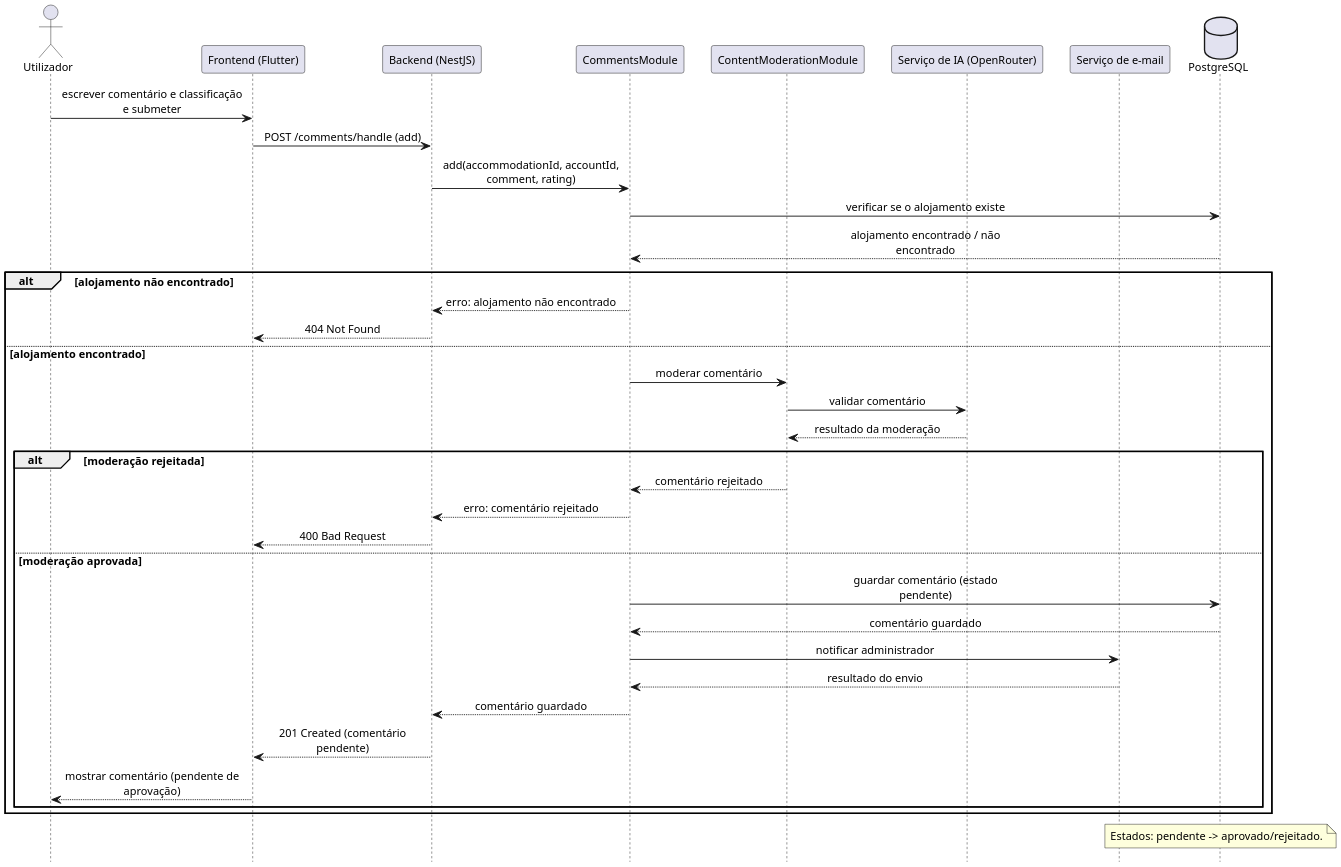
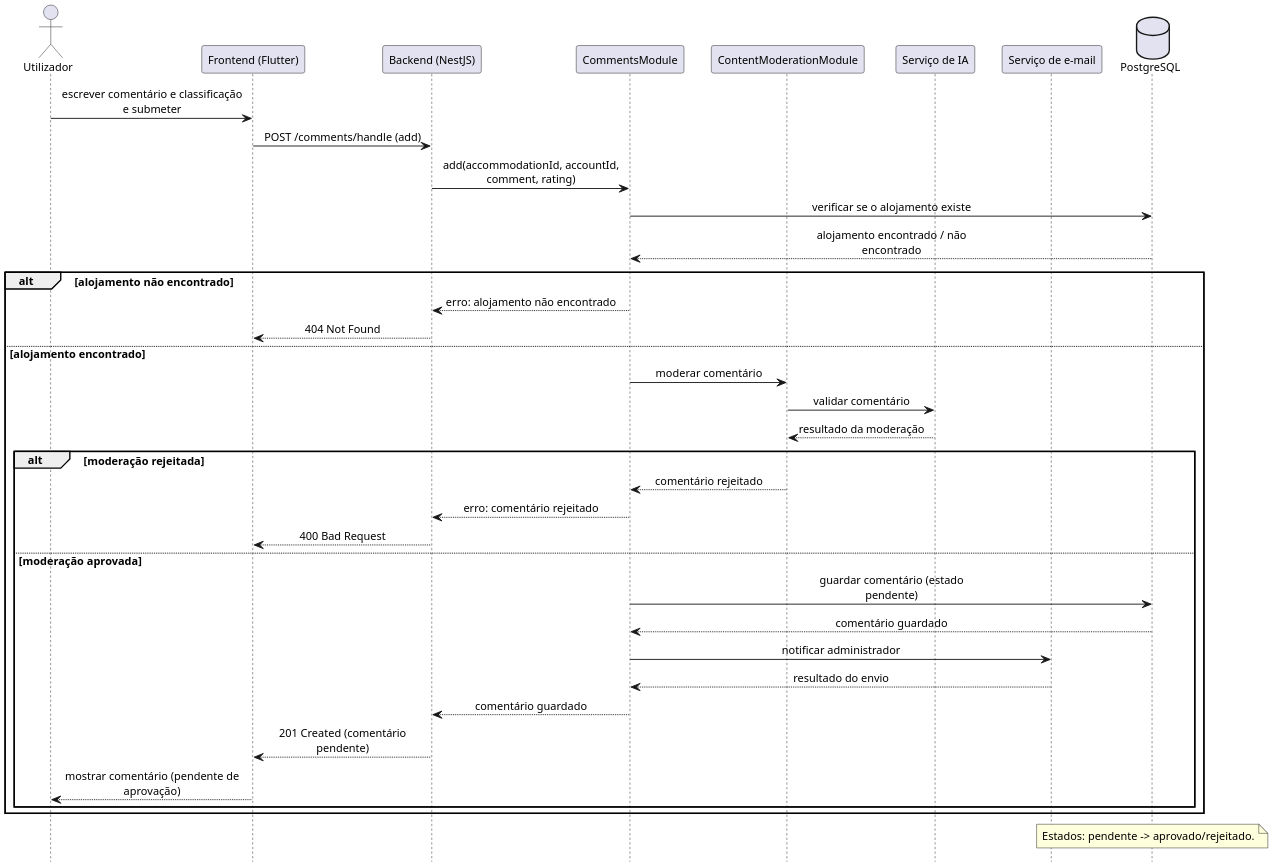
The diagram in docs/diagrams/sequence-add-comment.puml (alegna83/cookbook-be), drawn with PlantUML before and after one commit. The commit also changed 7 other files, not shown here.

Commit message:
correcoes de diagramas

```diff
--- a/docs/diagrams/sequence-add-comment.puml
+++ b/docs/diagrams/sequence-add-comment.puml
@@ -1,56 +1,56 @@
 @startuml
 hide footbox
 skinparam defaultFontName Arial
 skinparam defaultFontSize 12
 skinparam dpi 190
 skinparam maxMessageSize 200
 skinparam sequence {
   ParticipantPadding 10
   BoxPadding 8
   MessageAlign center
   ArrowThickness 1
 }
 
 actor Utilizador
 participant "Frontend (Flutter)" as FE
 participant "Backend (NestJS)" as BE
 participant "CommentsModule" as CommentsModule
 participant "ContentModerationModule" as ModerationModule
-participant "Serviço de IA (OpenRouter)" as AI
+participant "Serviço de IA" as AI
 participant "Serviço de e-mail" as Email
 database "PostgreSQL" as DB
 
 Utilizador -> FE : escrever comentário e classificação e submeter
   FE -> BE : POST /comments/handle (add)
   BE -> CommentsModule : add(accommodationId, accountId, comment, rating)
 
 CommentsModule -> DB : verificar se o alojamento existe
 DB --> CommentsModule : alojamento encontrado / não encontrado
 alt alojamento não encontrado
   CommentsModule --> BE : erro: alojamento não encontrado
   BE --> FE : 404 Not Found
 else alojamento encontrado
   CommentsModule -> ModerationModule : moderar comentário
   ModerationModule -> AI : validar comentário
   AI --> ModerationModule : resultado da moderação
 
   alt moderação rejeitada
     ModerationModule --> CommentsModule : comentário rejeitado
     CommentsModule --> BE : erro: comentário rejeitado
     BE --> FE : 400 Bad Request
   else moderação aprovada
     CommentsModule -> DB : guardar comentário (estado pendente)
     DB --> CommentsModule : comentário guardado
     CommentsModule -> Email : notificar administrador
     Email --> CommentsModule : resultado do envio
     CommentsModule --> BE : comentário guardado
     BE --> FE : 201 Created (comentário pendente)
     FE --> Utilizador : mostrar comentário (pendente de aprovação)
   end
 end
 
 note over DB
 Estados: pendente -> aprovado/rejeitado.
 end note
 
 @enduml
```
